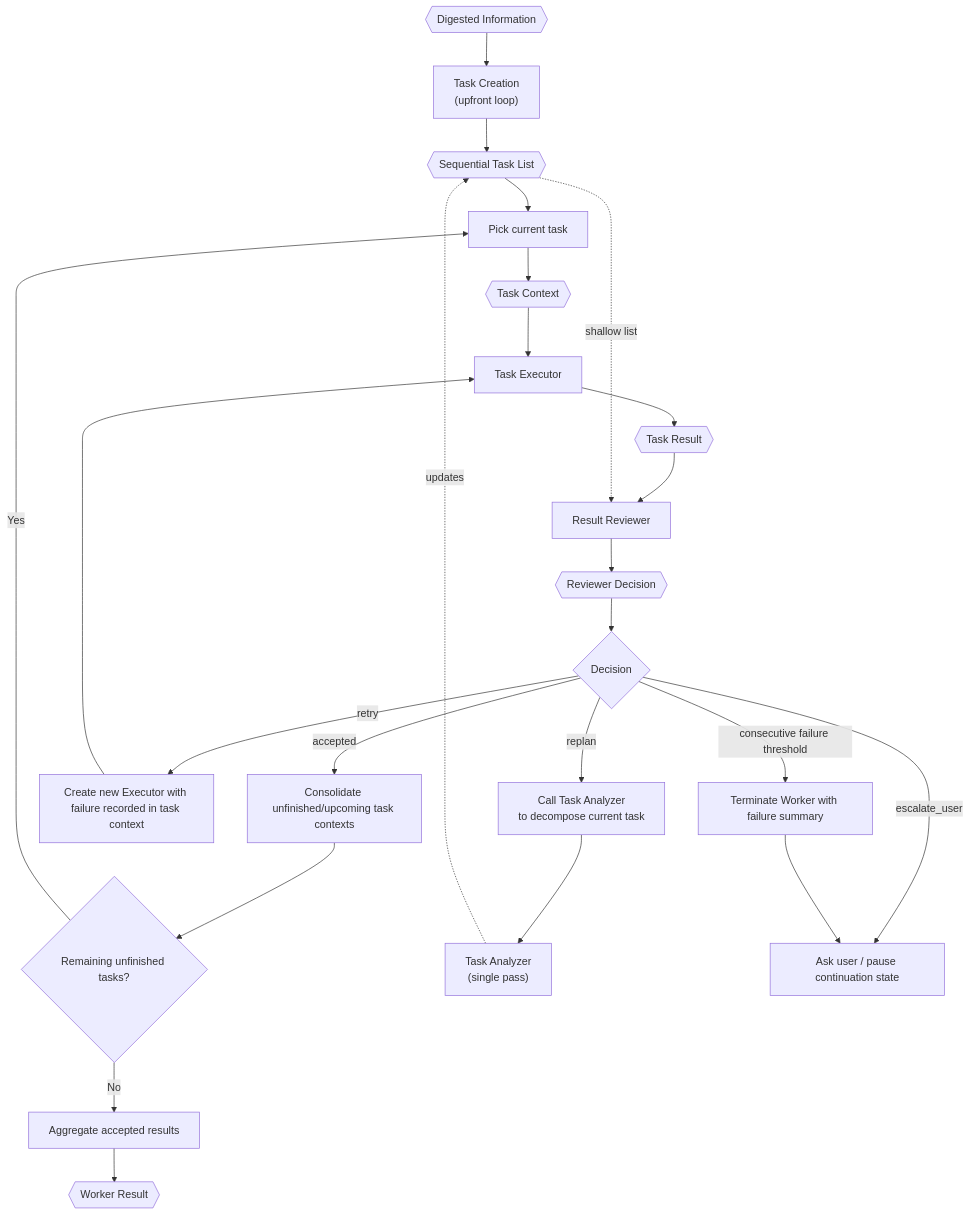
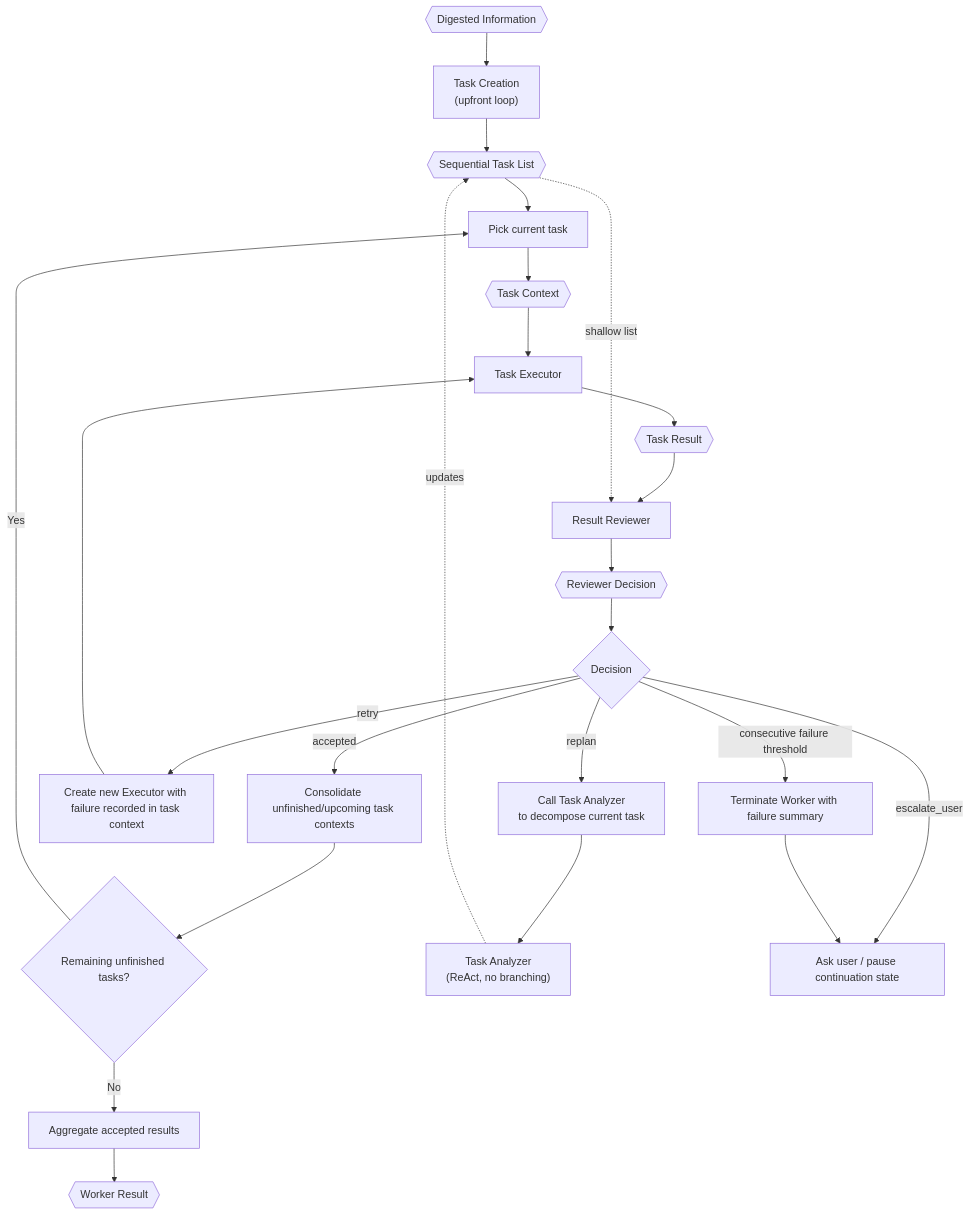
Before and after one commit to VJyzCELERY/TINYCUA: the diagram in src/tinycua/docs/architecture/worker-orchestration.md, drawn with Mermaid. The commit also changed other lines of this file and 5 other files, not shown here.

````diff
--- a/src/tinycua/docs/architecture/worker-orchestration.md
+++ b/src/tinycua/docs/architecture/worker-orchestration.md
@@ -53,46 +53,46 @@
 ```mermaid
 flowchart TD
     DI{{"Digested Information"}}
     TCR["Task Creation\n(upfront loop)"]
     TL{{"Sequential Task List"}}
     PICK["Pick current task"]
     TC{{"Task Context"}}
     TE["Task Executor"]
     TRS{{"Task Result"}}
     RV["Result Reviewer"]
     DEC{{"Reviewer Decision"}}
     NEXT{"Decision"}
     UPDATE["Consolidate unfinished/upcoming task contexts"]
     REMAIN{"Remaining unfinished tasks?"}
     RETRY["Create new Executor with failure recorded in task context"]
     REPLAN["Call Task Analyzer\nto decompose current task"]
-    TA["Task Analyzer\n(single pass)"]
+    TA["Task Analyzer\n(ReAct, no branching)"]
     ASK["Ask user / pause continuation state"]
     FAIL_TERM["Terminate Worker with failure summary"]
     AGG["Aggregate accepted results"]
     WR{{"Worker Result"}}
 
     DI --> TCR
     TCR --> TL
     TL --> PICK
     PICK --> TC
     TC --> TE
     TE --> TRS
     TRS --> RV
     TL -. "shallow list" .-> RV
     RV --> DEC
     DEC --> NEXT
     NEXT -->|accepted| UPDATE
     UPDATE --> REMAIN
     REMAIN -->|Yes| PICK
     REMAIN -->|No| AGG
     NEXT -->|retry| RETRY
     RETRY --> TE
     NEXT -->|replan| REPLAN
     REPLAN --> TA
     TA -. "updates" .-> TL
     NEXT -->|escalate_user| ASK
     NEXT -->|consecutive failure threshold| FAIL_TERM
     FAIL_TERM --> ASK
     AGG --> WR
 ```
````
